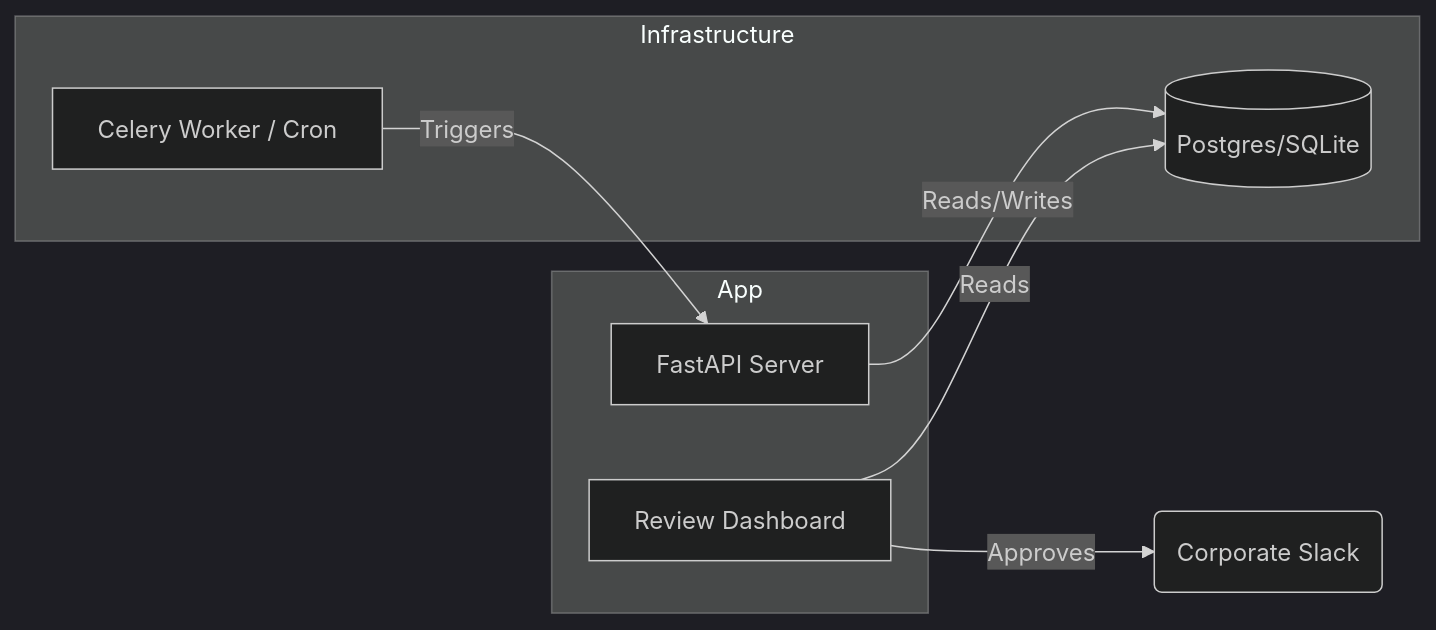
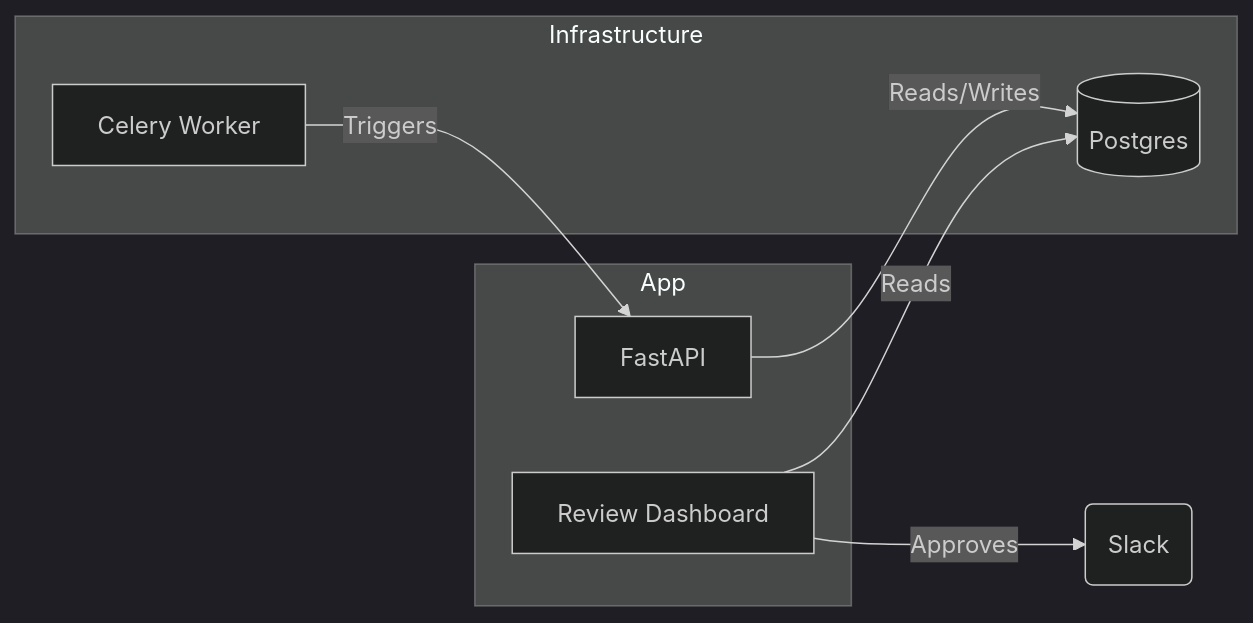
One commit to gauravkumarML/RivalOPS changed the second of 2 diagrams in README.md. Above: the diagram before and after it, drawn with Mermaid (dark theme). The commit also changed other lines of this file and 3 other files, not shown here.

````diff
--- a/README.md
+++ b/README.md
@@ -30,17 +30,17 @@
 ```mermaid
 graph LR
     subgraph Infrastructure
-        DB[("Postgres/SQLite")]
-        Worker["Celery Worker / Cron"]
+        DB[("Postgres")]
+        Worker["Celery Worker"]
     end
     
     subgraph App
-        API["FastAPI Server"]
+        API["FastAPI"]
         UI["Review Dashboard"]
     end
     
     Worker -->|Triggers| API
     API -->|Reads/Writes| DB
     UI -->|Reads| DB
-    UI -->|Approves| Slack("Corporate Slack")
+    UI -->|Approves| Slack("Slack")
 ```
````
